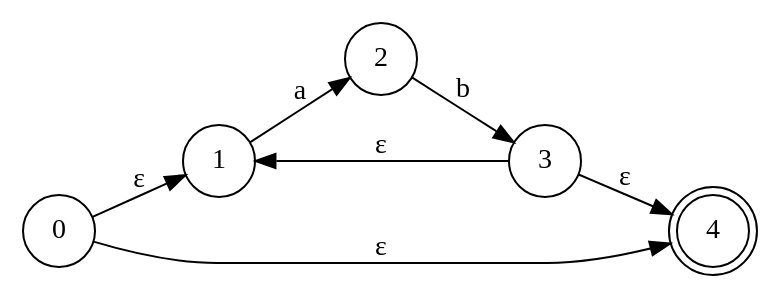
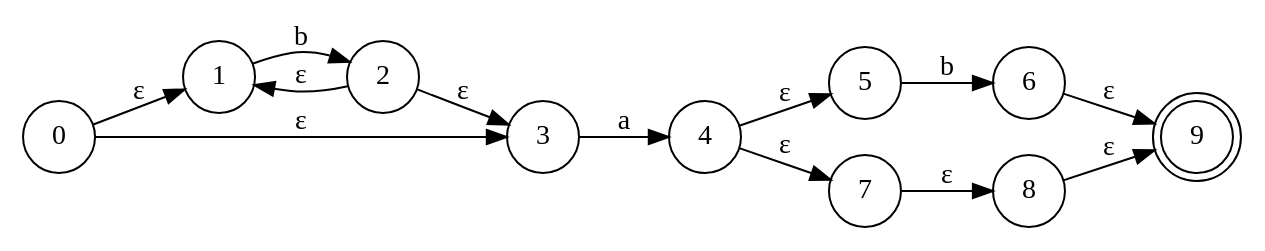
Before and after one commit to Marianadaso3/Lab1-DLP: the diagram in output/NFA.gv, drawn with Graphviz. The commit also changed 14 other files, not shown here.

```diff
--- a/output/NFA.gv
+++ b/output/NFA.gv
@@ -1,13 +1,21 @@
 // Diagrama NFA
 strict digraph {
 	rankdir=LR
 	node [shape=circle]
 	0 -> 1 [label="ε"]
-	1 -> 2 [label=a]
-	2 -> 3 [label=b]
-	1 -> 2
-	3 -> 1 [label="ε"]
-	3 -> 4 [label="ε"]
-	0 -> 4 [label="ε"]
-	4 [shape=doublecircle]
+	1 -> 2 [label=b]
+	2 -> 1 [label="ε"]
+	2 -> 3 [label="ε"]
+	0 -> 3 [label="ε"]
+	0 -> 1
+	3 -> 4 [label=a]
+	0 -> 1
+	4 -> 5 [label="ε"]
+	5 -> 6 [label=b]
+	4 -> 7 [label="ε"]
+	7 -> 8 [label="ε"]
+	6 -> 9 [label="ε"]
+	8 -> 9 [label="ε"]
+	4 -> 5
+	9 [shape=doublecircle]
 }
```
